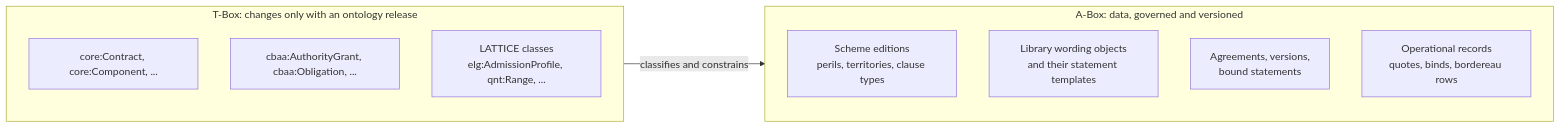
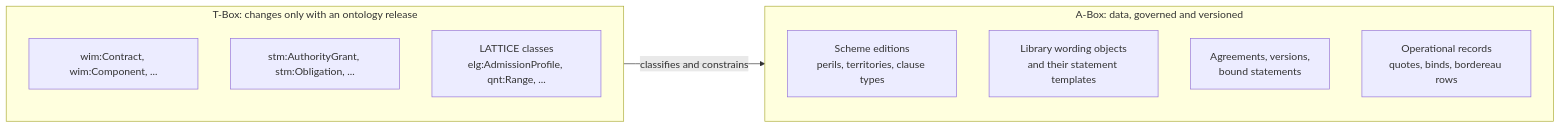
The second of 52 diagrams in docs/architecture.md (nebularis/open-cbaa), drawn with Mermaid before and after one commit. The commit also changed other lines of this file and 44 other files, not shown here.

````diff
--- a/docs/architecture.md
+++ b/docs/architecture.md
@@ -86,15 +87,15 @@
 ```mermaid
 flowchart LR
     subgraph T["T-Box: changes only with an ontology release"]
-        C1["core:Contract, core:Component, ..."]
-        C2["cbaa:AuthorityGrant, cbaa:Obligation, ..."]
+        C1["wim:Contract, wim:Component, ..."]
+        C2["stm:AuthorityGrant, stm:Obligation, ..."]
         C3["LATTICE classes<br/>elg:AdmissionProfile, qnt:Range, ..."]
     end
     subgraph A["A-Box: data, governed and versioned"]
         D1["Scheme editions<br/>perils, territories, clause types"]
         D2["Library wording objects<br/>and their statement templates"]
         D3["Agreements, versions,<br/>bound statements"]
         D4["Operational records<br/>quotes, binds, bordereau rows"]
     end
     T -- "classifies and constrains" --> A
 ```
````
